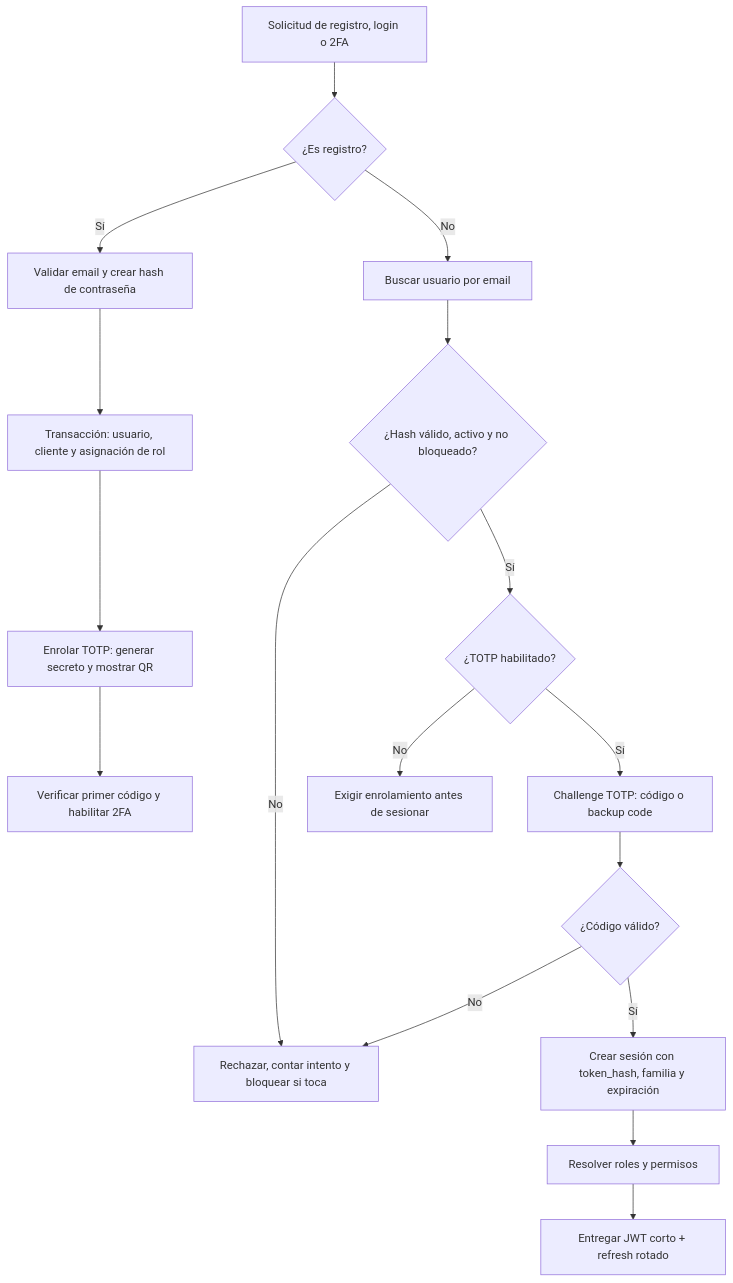
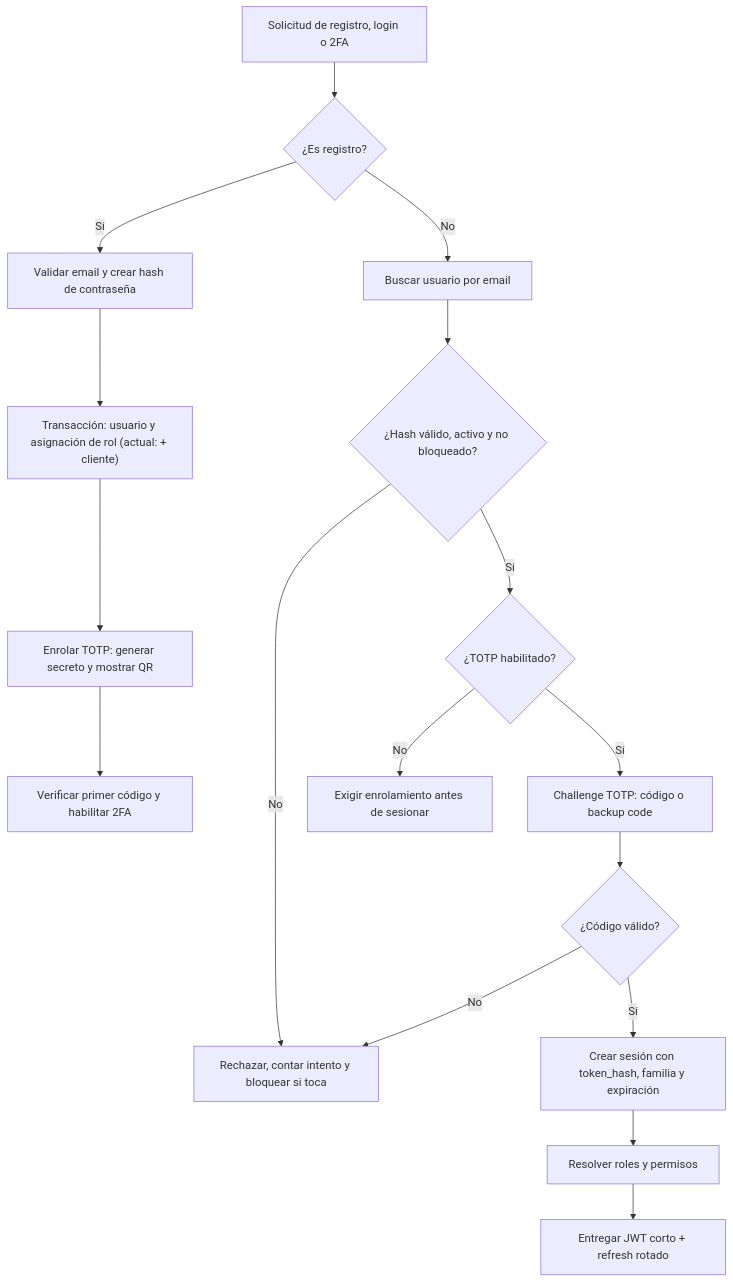
One commit to LeandroPacsiM/shopify-backend changed the first of 12 diagrams in shopify_db/docs/05-flujos-principales.md. Above: the diagram before and after it, drawn with Mermaid. The commit also changed other lines of this file and 21 other files, not shown here.

First line of the commit message:
F0: terminologia canonica ADR-016 en docs y diagramas

````diff
--- a/shopify_db/docs/05-flujos-principales.md
+++ b/shopify_db/docs/05-flujos-principales.md
@@ -21,19 +21,19 @@
 ```mermaid
 flowchart TD
     A["Solicitud de registro, login o 2FA"] --> B{"¿Es registro?"}
     B -->|Sí| C["Validar email y crear hash de contraseña"]
-    C --> D["Transacción: usuario, cliente y asignación de rol"]
+    C --> D["Transacción: usuario y asignación de rol (actual: + cliente)"]
     D --> E["Enrolar TOTP: generar secreto y mostrar QR"]
     E --> F["Verificar primer código y habilitar 2FA"]
     B -->|No| G["Buscar usuario por email"]
     G --> H{"¿Hash válido, activo y no bloqueado?"}
     H -->|No| I["Rechazar, contar intento y bloquear si toca"]
     H -->|Sí| J{"¿TOTP habilitado?"}
     J -->|Sí| K["Challenge TOTP: código o backup code"]
     J -->|No| L["Exigir enrolamiento antes de sesionar"]
     K --> M{"¿Código válido?"}
     M -->|No| I
     M -->|Sí| N["Crear sesión con token_hash, familia y expiración"]
     N --> O["Resolver roles y permisos"]
     O --> P["Entregar JWT corto + refresh rotado"]
 ```
````
